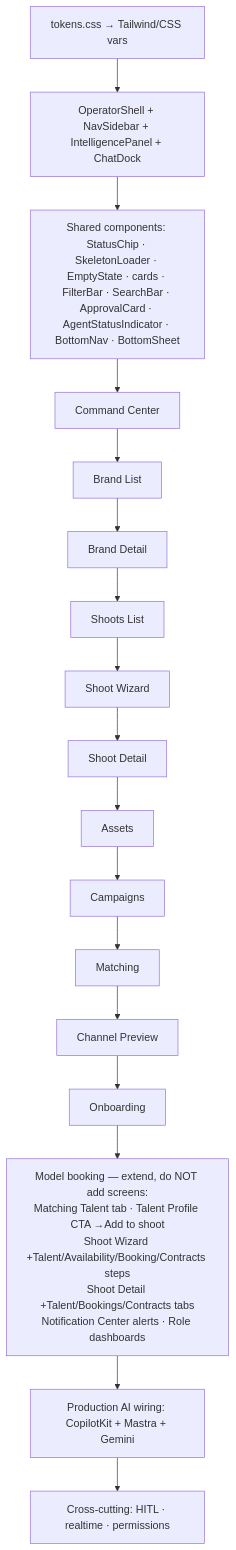
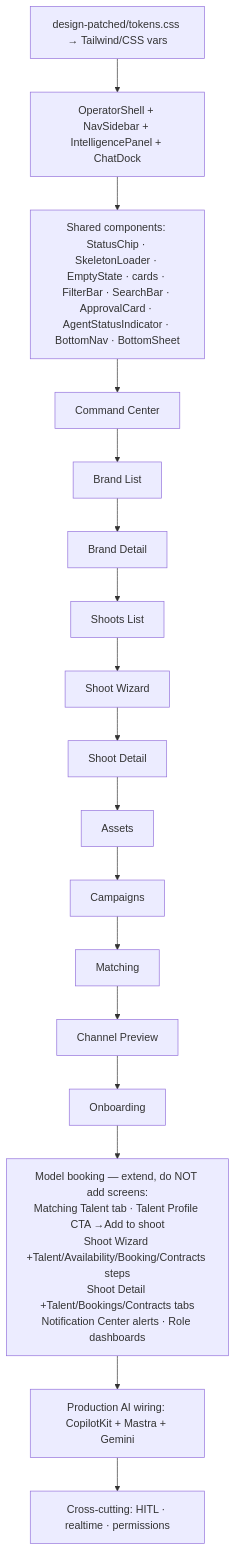
Before and after one commit to amoai-tech-org/ipixai100: the diagram in Universal-design-prompt-4/docs/handoff/10-implementation-order.md, drawn with Mermaid. The commit also changed other lines of this file and 23 other files, not shown here.

````diff
--- a/Universal-design-prompt-4/docs/handoff/10-implementation-order.md
+++ b/Universal-design-prompt-4/docs/handoff/10-implementation-order.md
@@ -5,19 +5,19 @@
 ```mermaid
 flowchart TD
-  T[tokens.css → Tailwind/CSS vars] --> OS[OperatorShell + NavSidebar + IntelligencePanel + ChatDock]
+  T[design-patched/tokens.css → Tailwind/CSS vars] --> OS[OperatorShell + NavSidebar + IntelligencePanel + ChatDock]
   OS --> SC[Shared components: StatusChip · SkeletonLoader · EmptyState · cards · FilterBar · SearchBar · ApprovalCard · AgentStatusIndicator · BottomNav · BottomSheet]
   SC --> CC[Command Center]
   CC --> BL[Brand List]
   BL --> BD[Brand Detail]
   BD --> SHL[Shoots List]
   SHL --> SW[Shoot Wizard]
   SW --> SD[Shoot Detail]
   SD --> AS[Assets]
   AS --> CA[Campaigns]
   CA --> MA[Matching]
   MA --> CP[Channel Preview]
   CP --> ON[Onboarding]
   ON --> MB[Model booking — extend, do NOT add screens:<br/>Matching Talent tab · Talent Profile CTA →Add to shoot<br/>Shoot Wizard +Talent/Availability/Booking/Contracts steps<br/>Shoot Detail +Talent/Bookings/Contracts tabs<br/>Notification Center alerts · Role dashboards]
   MB --> AI[Production AI wiring: CopilotKit + Mastra + Gemini]
   AI --> XC[Cross-cutting: HITL · realtime · permissions]
 ```
````
